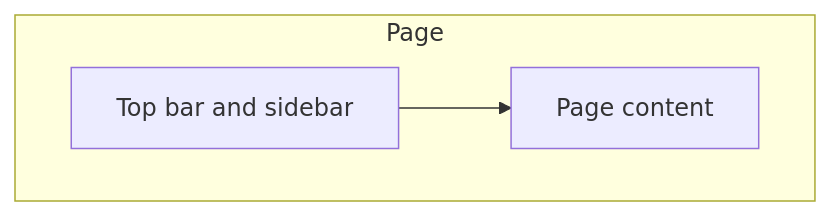
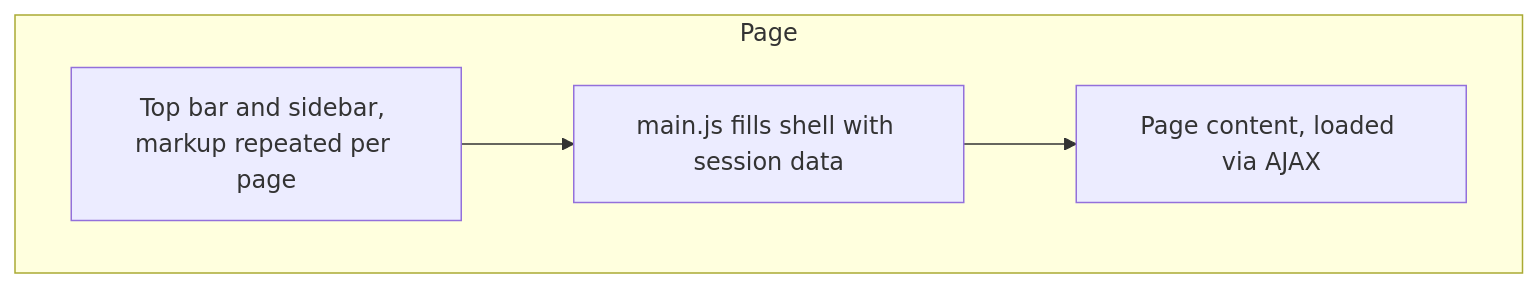
Before and after one commit to EgizianoEG/CNC111-Proto-PoliceMDT-Web: the second of 4 diagrams in ARCHITECTURE.md, drawn with Mermaid. The commit also changed other lines of this file and 3 other files, not shown here.

````diff
--- a/ARCHITECTURE.md
+++ b/ARCHITECTURE.md
@@ -37,8 +37,10 @@
 ```mermaid
 flowchart TB
     subgraph Page
-        Shell[Top bar and sidebar]
-        Content[Page content]
+        Shell[Top bar and sidebar, markup repeated per page]
+        JS[main.js fills shell with session data]
+        Content[Page content, loaded via AJAX]
     end
-    Shell --> Content
+    Shell --> JS
+    JS --> Content
 ```
````
